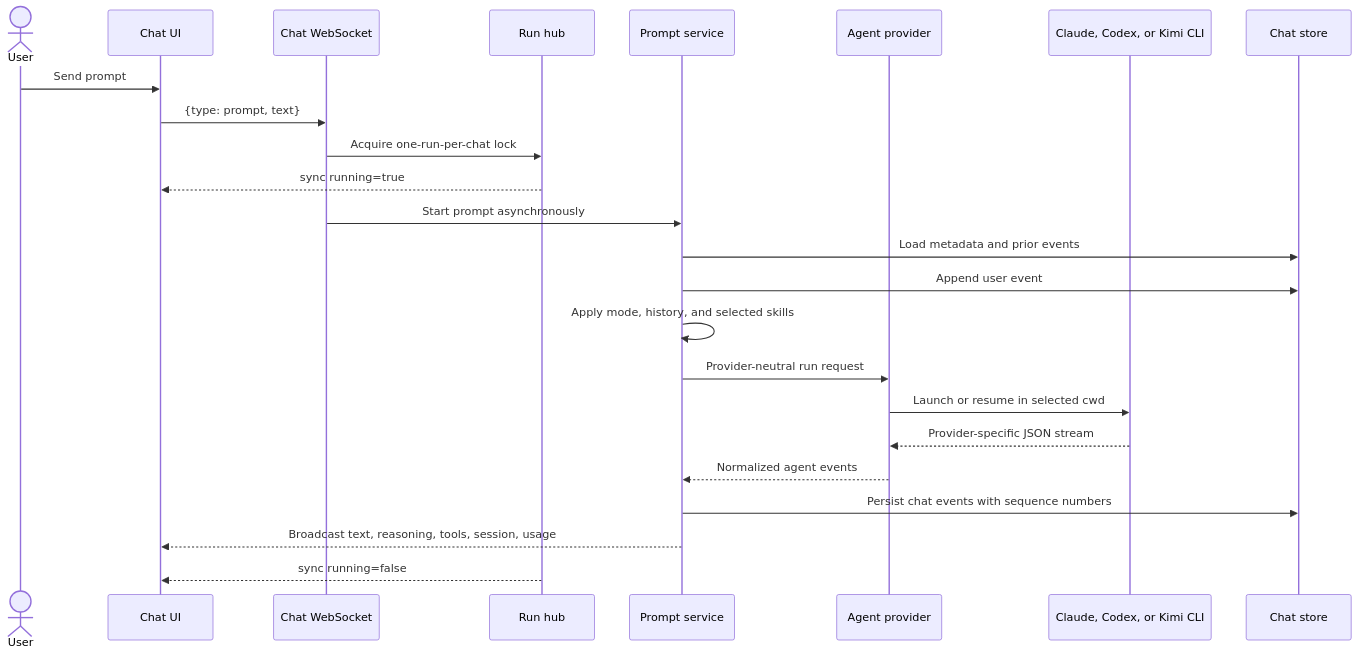
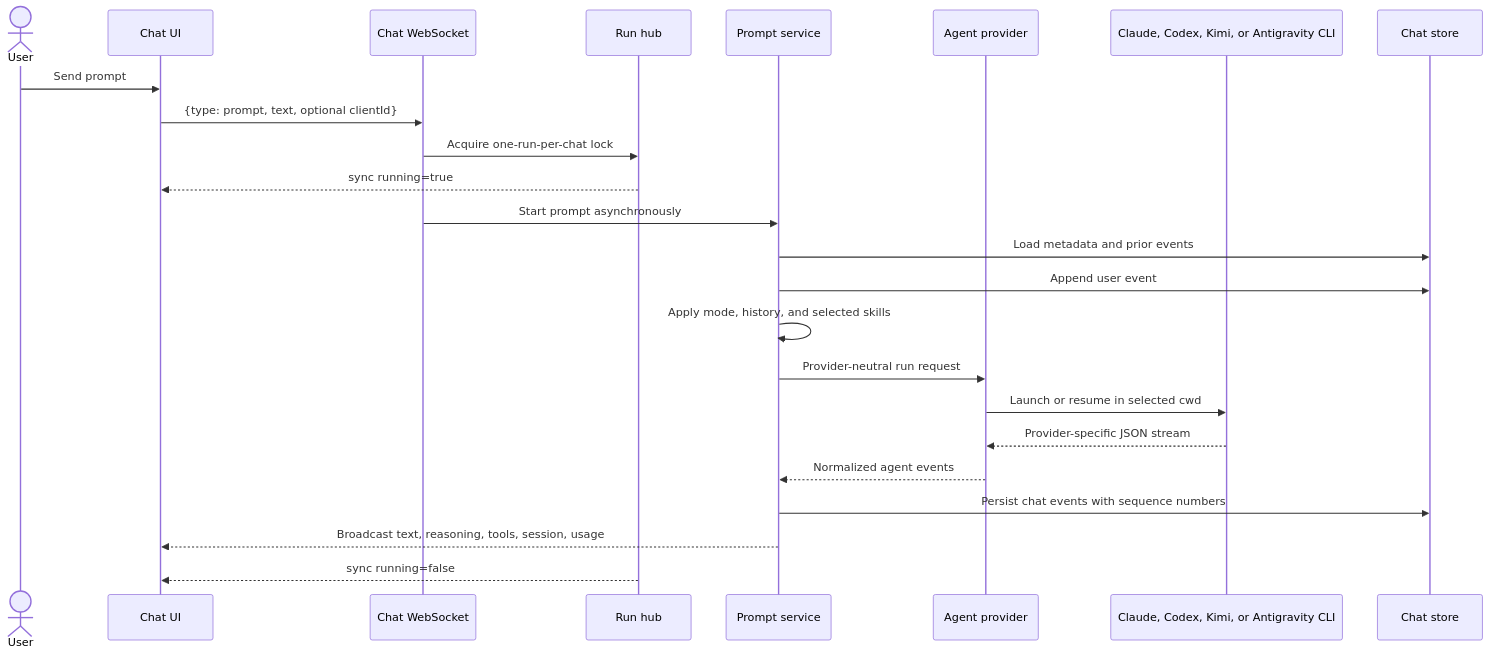
The second of 5 diagrams in docs/02-workspaces/04-chat-and-agents.md (AbdallahMohamedDotnet/remote.futrx), drawn with Mermaid before and after one commit. The commit also changed other lines of this file and 25 other files, not shown here.

````diff
--- a/docs/02-workspaces/04-chat-and-agents.md
+++ b/docs/02-workspaces/04-chat-and-agents.md
@@ -25,27 +25,27 @@
 ```mermaid
 sequenceDiagram
     actor User
     participant UI as Chat UI
     participant WS as Chat WebSocket
     participant Hub as Run hub
     participant Prompt as Prompt service
     participant Provider as Agent provider
-    participant CLI as Claude, Codex, or Kimi CLI
+    participant CLI as Claude, Codex, Kimi, or Antigravity CLI
     participant Store as Chat store
 
     User->>UI: Send prompt
-    UI->>WS: {type: prompt, text}
+    UI->>WS: {type: prompt, text, optional clientId}
     WS->>Hub: Acquire one-run-per-chat lock
     Hub-->>UI: sync running=true
     WS->>Prompt: Start prompt asynchronously
     Prompt->>Store: Load metadata and prior events
     Prompt->>Store: Append user event
     Prompt->>Prompt: Apply mode, history, and selected skills
     Prompt->>Provider: Provider-neutral run request
     Provider->>CLI: Launch or resume in selected cwd
     CLI-->>Provider: Provider-specific JSON stream
     Provider-->>Prompt: Normalized agent events
     Prompt->>Store: Persist chat events with sequence numbers
     Prompt-->>UI: Broadcast text, reasoning, tools, session, usage
     Hub-->>UI: sync running=false
 ```
````
